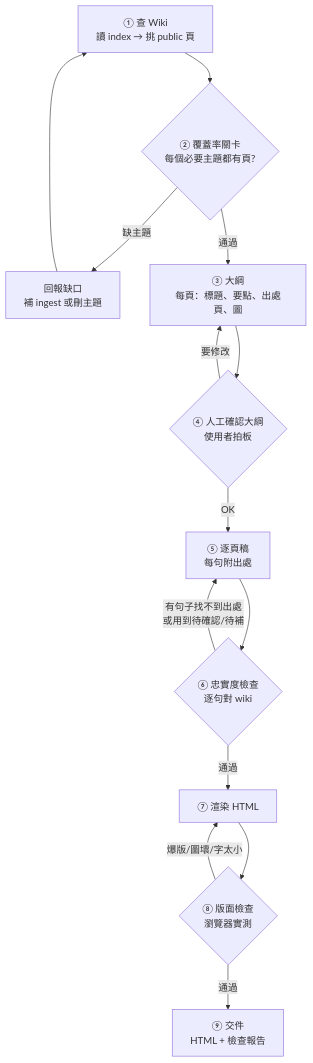
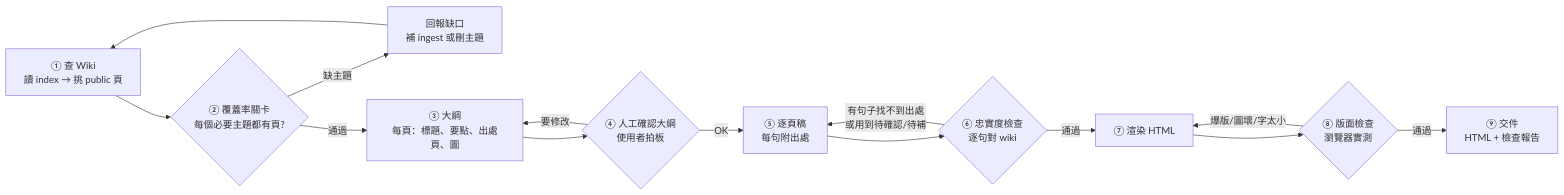
Before and after one commit to Donna12301230/herzbaa-wiki: the diagram in workflows/brand-slides.md, drawn with Mermaid. The commit also changed 1 other file, not shown here.

Commit message:
docs: 流程圖改成由左至右

````diff
--- a/workflows/brand-slides.md
+++ b/workflows/brand-slides.md
@@ -18,16 +18,16 @@
 ```mermaid
-flowchart TD
+flowchart LR
     A[① 查 Wiki<br/>讀 index → 挑 public 頁] --> B{② 覆蓋率關卡<br/>每個必要主題都有頁?}
     B -- 缺主題 --> A2[回報缺口<br/>補 ingest 或刪主題]
     A2 --> A
     B -- 通過 --> C[③ 大綱<br/>每頁：標題、要點、出處頁、圖]
     C --> D{④ 人工確認大綱<br/>使用者拍板}
     D -- 要修改 --> C
     D -- OK --> E[⑤ 逐頁稿<br/>每句附出處]
     E --> F{⑥ 忠實度檢查<br/>逐句對 wiki}
     F -- 有句子找不到出處<br/>或用到待確認/待補 --> E
     F -- 通過 --> G[⑦ 渲染 HTML]
     G --> H{⑧ 版面檢查<br/>瀏覽器實測}
     H -- 爆版/圖壞/字太小 --> G
     H -- 通過 --> I[⑨ 交件<br/>HTML + 檢查報告]
 ```
````
